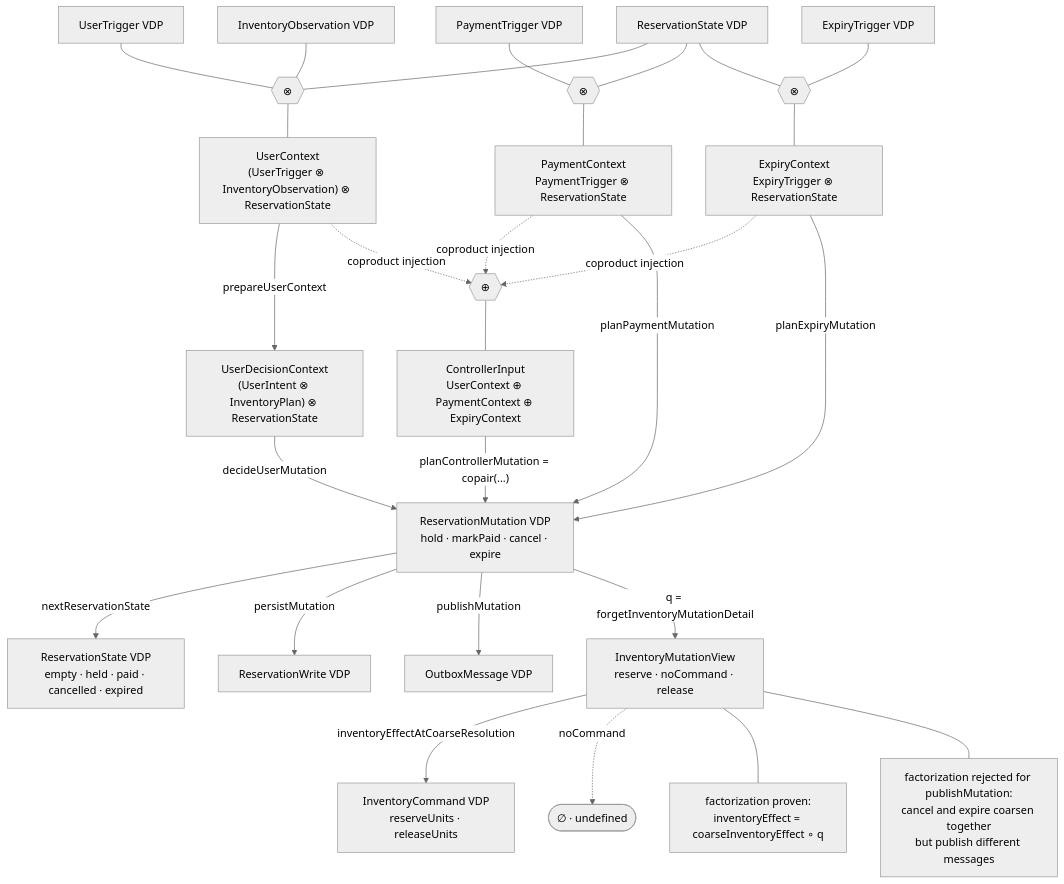
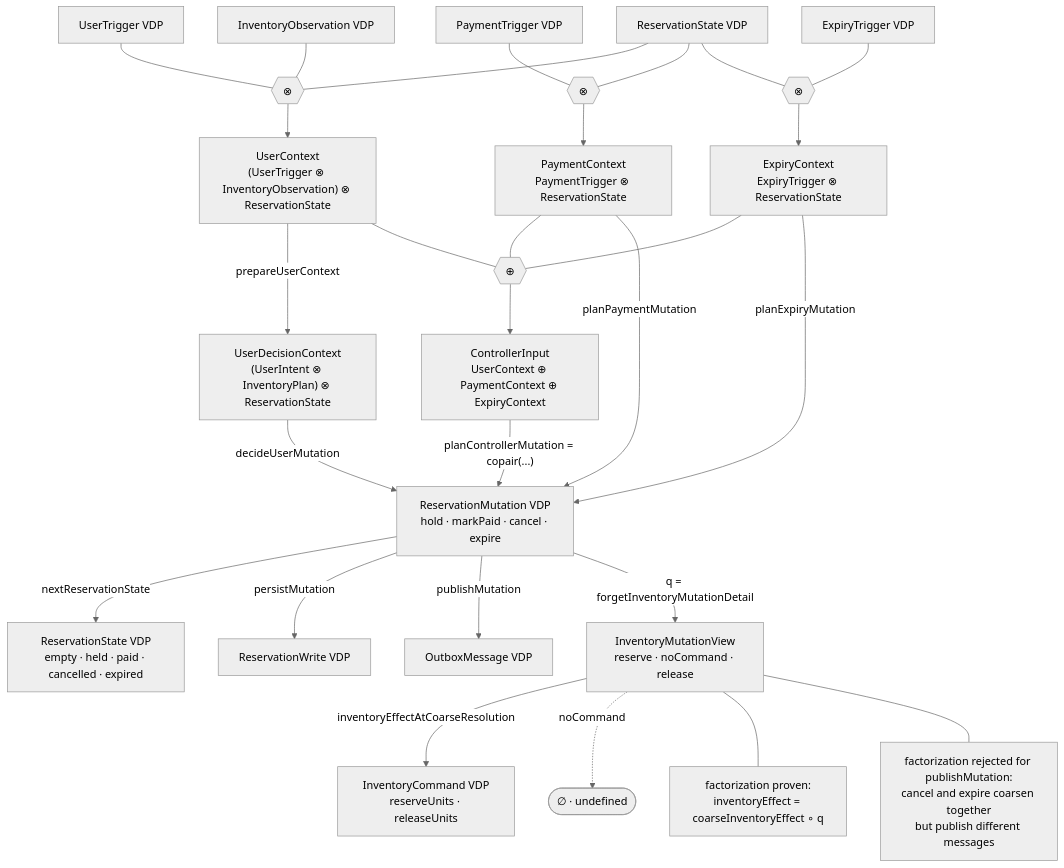
The diagram in README.md (mrvanish97/archiscript), drawn with Mermaid (neutral theme) before and after one commit. The commit also changed other lines of this file, not shown here.

Commit message:
docs: apply construction-arrow grammar to stress diagram

````diff
--- a/README.md
+++ b/README.md
@@ -313,69 +313,69 @@
 ```mermaid
 flowchart TB
   UT["UserTrigger VDP"]
   IO["InventoryObservation VDP"]
   RS["ReservationState VDP"]
   PT["PaymentTrigger VDP"]
   ET["ExpiryTrigger VDP"]
 
   UXT{{"⊗"}}
   PXT{{"⊗"}}
   EXT{{"⊗"}}
 
   UC["UserContext<br/>(UserTrigger ⊗ InventoryObservation) ⊗ ReservationState"]
   PC["PaymentContext<br/>PaymentTrigger ⊗ ReservationState"]
   EC["ExpiryContext<br/>ExpiryTrigger ⊗ ReservationState"]
 
   UDC["UserDecisionContext<br/>(UserIntent ⊗ InventoryPlan) ⊗ ReservationState"]
 
   COP{{"⊕"}}
   CI["ControllerInput<br/>UserContext ⊕ PaymentContext ⊕ ExpiryContext"]
 
   RM["ReservationMutation VDP<br/>hold · markPaid · cancel · expire"]
   RSTATE["ReservationState VDP<br/>empty · held · paid · cancelled · expired"]
   WRITE["ReservationWrite VDP"]
   OUTBOX["OutboxMessage VDP"]
 
   Q["InventoryMutationView<br/>reserve · noCommand · release"]
   INV["InventoryCommand VDP<br/>reserveUnits · releaseUnits"]
   NONE(["∅ · undefined"])
 
   NOTE1["factorization proven:<br/>inventoryEffect = coarseInventoryEffect ∘ q"]
   NOTE2["factorization rejected for publishMutation:<br/>cancel and expire coarsen together<br/>but publish different messages"]
 
   UT --- UXT
   IO --- UXT
   RS --- UXT
-  UXT --- UC
+  UXT --> UC
 
   PT --- PXT
   RS --- PXT
-  PXT --- PC
+  PXT --> PC
 
   ET --- EXT
   RS --- EXT
-  EXT --- EC
+  EXT --> EC
 
   UC -->|"prepareUserContext"| UDC
   UDC -->|"decideUserMutation"| RM
 
-  UC -.->|"coproduct injection"| COP
-  PC -.->|"coproduct injection"| COP
-  EC -.->|"coproduct injection"| COP
-  COP --- CI
+  UC --- COP
+  PC --- COP
+  EC --- COP
+  COP --> CI
   CI -->|"planControllerMutation = copair(...)"| RM
 
   PC -->|"planPaymentMutation"| RM
   EC -->|"planExpiryMutation"| RM
 
   RM -->|"nextReservationState"| RSTATE
   RM -->|"persistMutation"| WRITE
   RM -->|"publishMutation"| OUTBOX
 
   RM -->|"q = forgetInventoryMutationDetail"| Q
   Q -->|"inventoryEffectAtCoarseResolution"| INV
   Q -.->|"noCommand"| NONE
 
   Q --- NOTE1
   Q --- NOTE2
 ```
````
